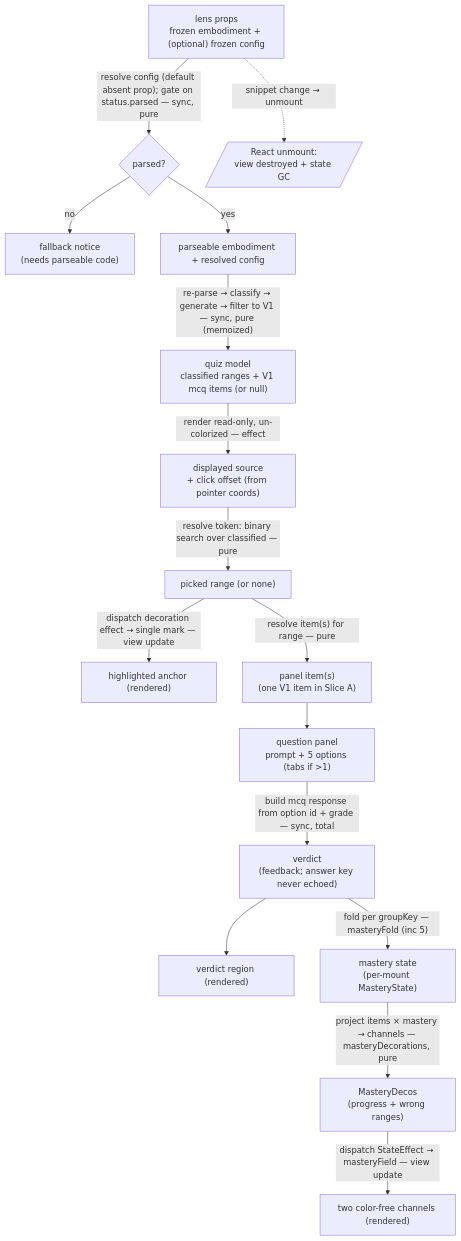
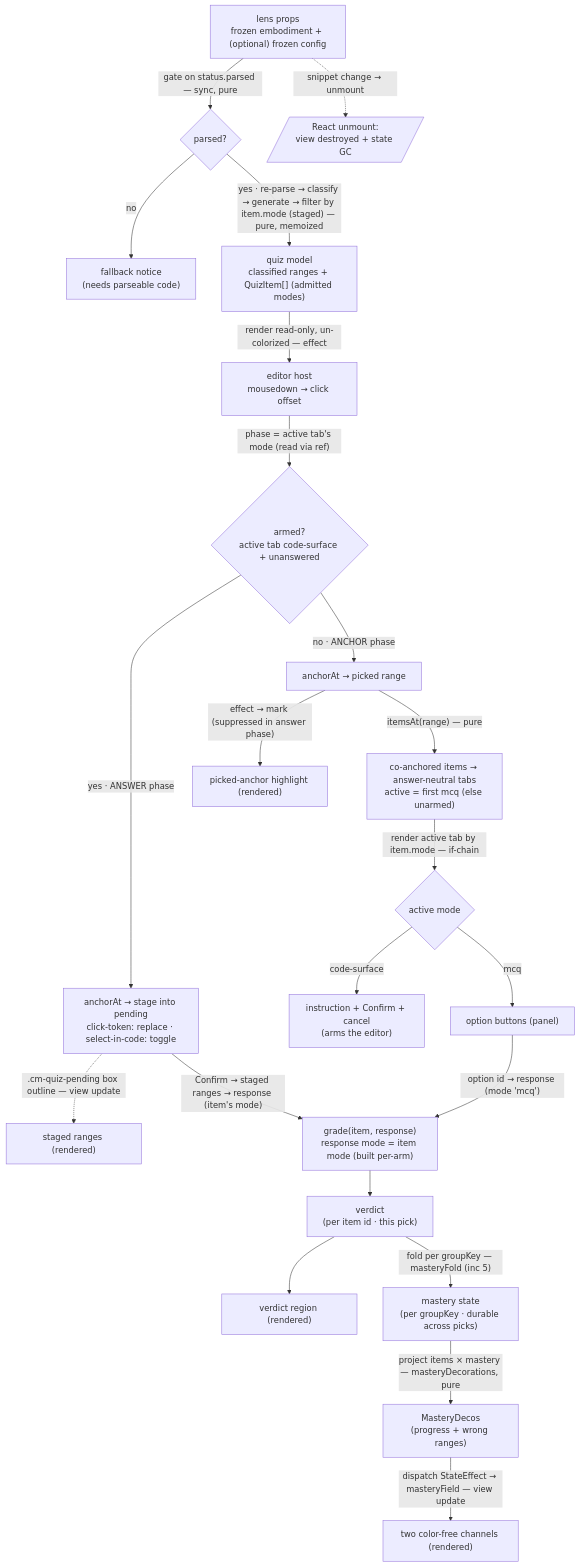
Before and after one commit to codeschoolinabox/curricula: the second of 2 diagrams in src/lib/study-lenses/lenses/quiz/DOCS.md, drawn with Mermaid. The commit also changed other lines of this file and 2 other files, not shown here.

First line of the commit message:
quiz: Phase-0 DDD for the code-as-answer modes (M3 inc 6)

````diff
--- a/src/lib/study-lenses/lenses/quiz/DOCS.md
+++ b/src/lib/study-lenses/lenses/quiz/DOCS.md
@@ -127,26 +182,31 @@
 ```mermaid
 flowchart TD
     Props["lens props<br/>frozen embodiment + (optional) frozen config"]
+    Props -->|"gate on status.parsed — sync, pure"| Gate{"parsed?"}
+    Gate -->|"no"| Fallback["fallback notice<br/>(needs parseable code)"]
+    Gate -->|"yes · re-parse → classify → generate → filter by item.mode (staged) — pure, memoized"| Model["quiz model<br/>classified ranges + QuizItem[] (admitted modes)"]
 
-    Props -->|"resolve config (default absent prop); gate on status.parsed — sync, pure"| Gate{"parsed?"}
-    Gate -->|"no"| Fallback["fallback notice<br/>(needs parseable code)"]
-    Gate -->|"yes"| Parsed["parseable embodiment + resolved config"]
+    Model -->|"render read-only, un-colorized — effect"| Editor["editor host<br/>mousedown → click offset"]
+    Editor -->|"phase = active tab's mode (read via ref)"| Phase{"armed?<br/>active tab code-surface + unanswered"}
 
-    Parsed -->|"re-parse → classify → generate → filter to V1 — sync, pure (memoized)"| Model["quiz model<br/>classified ranges + V1 mcq items (or null)"]
+    Phase -->|"no · ANCHOR phase"| Pick["anchorAt → picked range"]
+    Pick -->|"itemsAt(range) — pure"| Tabs["co-anchored items → answer-neutral tabs<br/>active = first mcq (else unarmed)"]
+    Pick -->|"effect → mark (suppressed in answer phase)"| Highlight["picked-anchor highlight (rendered)"]
+    Tabs -->|"render active tab by item.mode — if-chain"| Body{"active mode"}
+    Body -->|"mcq"| Mcq["option buttons (panel)"]
+    Body -->|"code-surface"| Code["instruction + Confirm + cancel<br/>(arms the editor)"]
 
-    Model -->|"render read-only, un-colorized — effect"| Display["displayed source<br/>+ click offset (from pointer coords)"]
-    Display -->|"resolve token: binary search over classified — pure"| Picked["picked range (or none)"]
-    Picked -->|"dispatch decoration effect → single mark — view update"| Highlight["highlighted anchor (rendered)"]
+    Phase -->|"yes · ANSWER phase"| Stage["anchorAt → stage into pending<br/>click-token: replace · select-in-code: toggle"]
+    Stage -.->|".cm-quiz-pending box outline — view update"| PendingDOM["staged ranges (rendered)"]
 
-    Picked -->|"resolve item(s) for range — pure"| PanelItems["panel item(s)<br/>(one V1 item in Slice A)"]
-    PanelItems --> Panel["question panel<br/>prompt + 5 options (tabs if >1)"]
-
-    Panel -->|"build mcq response from option id + grade — sync, total"| Verdict["verdict<br/>(feedback; answer key never echoed)"]
+    Mcq -->|"option id → response (mode 'mcq')"| Grade["grade(item, response)<br/>response mode = item mode (built per-arm)"]
+    Stage -->|"Confirm → staged ranges → response (item's mode)"| Grade
+    Grade --> Verdict["verdict<br/>(per item id · this pick)"]
     Verdict --> VerdictDOM["verdict region (rendered)"]
 
-    Verdict -->|"fold per groupKey — masteryFold (inc 5)"| Mastery["mastery state<br/>(per-mount MasteryState)"]
-    Mastery -->|"project items × mastery → channels — masteryDecorations, pure"| Decos["MasteryDecos<br/>(progress + wrong ranges)"]
+    Verdict -->|"fold per groupKey — masteryFold (inc 5)"| Mastery["mastery state<br/>(per groupKey · durable across picks)"]
+    Mastery -->|"project items × mastery — masteryDecorations, pure"| Decos["MasteryDecos<br/>(progress + wrong ranges)"]
     Decos -->|"dispatch StateEffect → masteryField — view update"| MasteryDOM["two color-free channels (rendered)"]
 
     Props -.->|"snippet change → unmount"| Unmount[/"React unmount:<br/>view destroyed + state GC"/]
 ```
````
